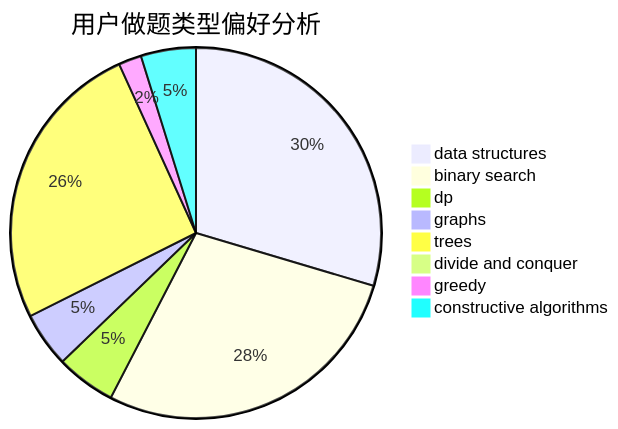
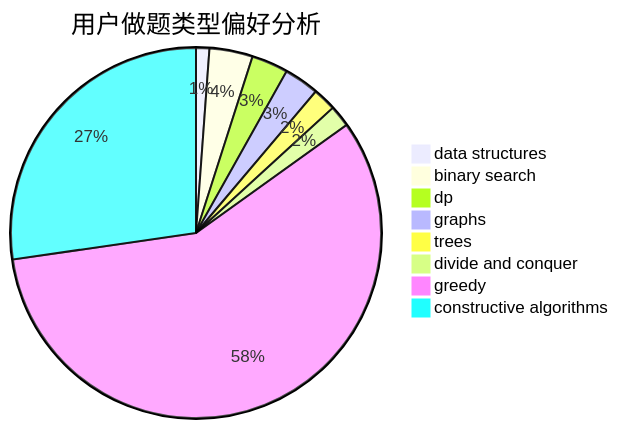
Before and after one commit to sherpahu/cfrs.github.io: the second of 3 diagrams in docs/user/u546.md, drawn with Mermaid. The commit also changed other lines of this file and 2770 other files, not shown here.

````diff
--- a/docs/user/u546.md
+++ b/docs/user/u546.md
@@ -23,11 +23,11 @@
 ```mermaid
 pie title 用户做题类型偏好分析
-    "data structures" :  74
-    "binary search" :  70
-    "dp" :  13
-    "graphs" :  12
-    "trees" :  64
-    "divide and conquer" :  0
-    "greedy" :  5
-    "constructive algorithms" :  12
+    "data structures" :  8
+    "binary search" :  26
+    "dp" :  22
+    "graphs" :  21
+    "trees" :  14
+    "divide and conquer" :  13
+    "greedy" :  397
+    "constructive algorithms" :  188
 ```
````
